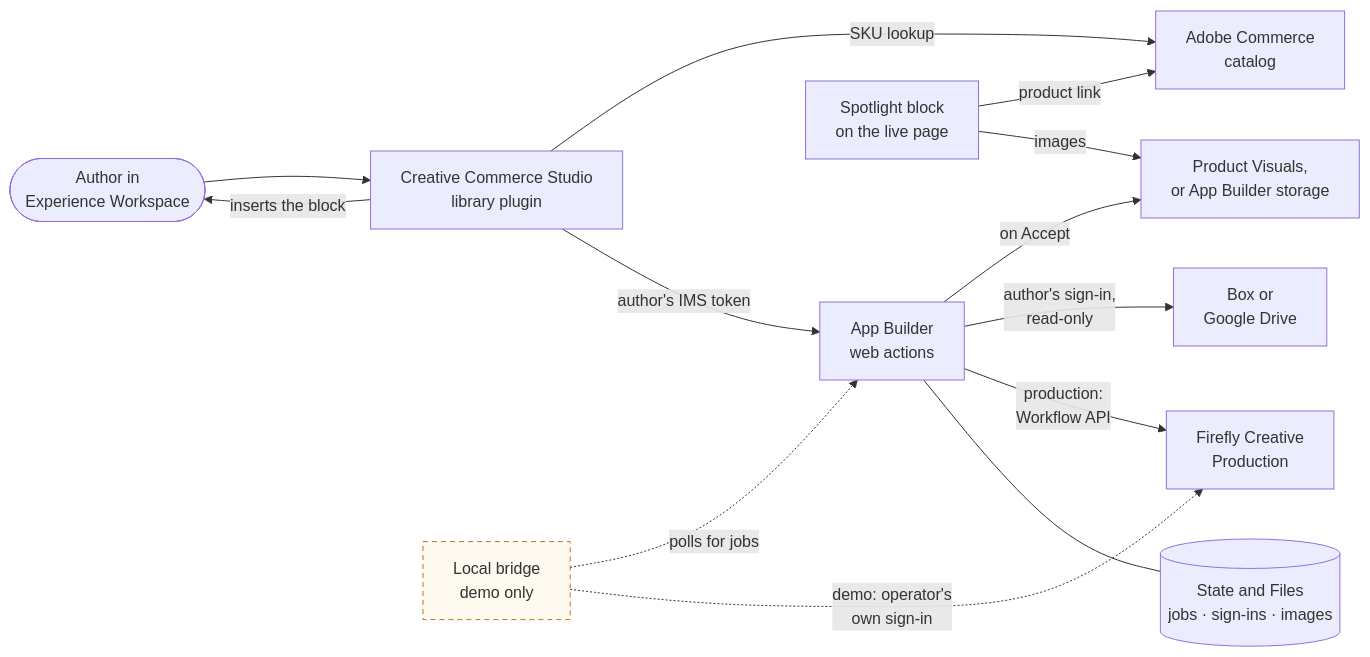
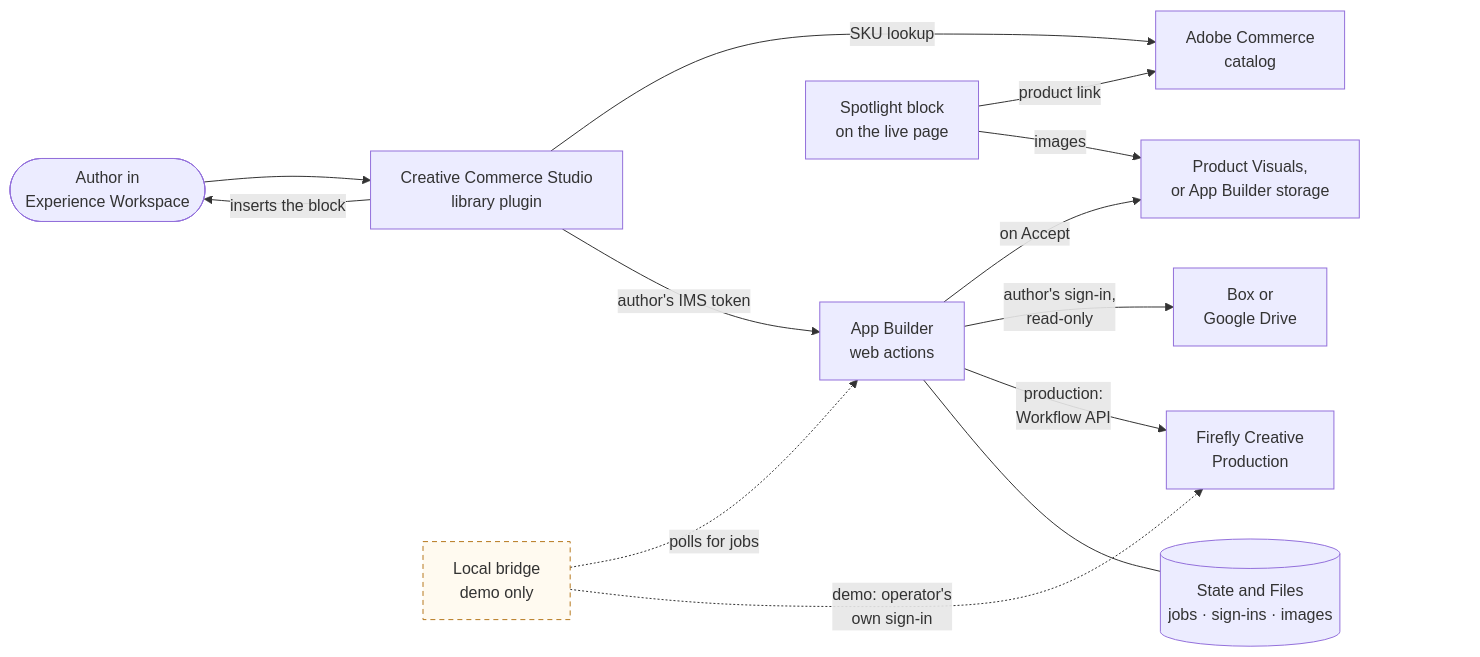
The first of 2 diagrams in README.md (kmanns/creative-commerce-studio), drawn with Mermaid before and after one commit.

Commit message:
Keep GitHub's diagram controls clear of the Firefly box

````diff
--- a/README.md
+++ b/README.md
@@ -169,17 +169,20 @@
 ```mermaid
 flowchart LR
   A(["Author in<br/>Experience Workspace"]) --> P["Creative Commerce Studio<br/>library plugin"]
   P -- "SKU lookup" --> CAT["Adobe Commerce<br/>catalog"]
   P -- "author's IMS token" --> W["App Builder<br/>web actions"]
   W -- "on Accept" --> DEL["Product Visuals,<br/>or App Builder storage"]
   W -- "author's sign-in,<br/>read-only" --> SRC["Box or<br/>Google Drive"]
   W -- "production:<br/>Workflow API" --> FF["Firefly Creative<br/>Production"]
   W --- ST[("State and Files<br/>jobs · sign-ins · images")]
   BR["Local bridge<br/>demo only"] -. "polls for jobs" .-> W
   BR -. "demo: operator's<br/>own sign-in" .-> FF
   P -- "inserts the block" --> A
   BLK["Spotlight block<br/>on the live page"] -- "product link" --> CAT
   BLK -- "images" --> DEL
   classDef demo stroke-dasharray: 5 4,stroke:#b7791f,fill:#fffaf0
   class BR demo
+  FF ~~~ SP[" "]
+  classDef spacer fill:none,stroke:none,color:transparent
+  class SP spacer
 ```
````
